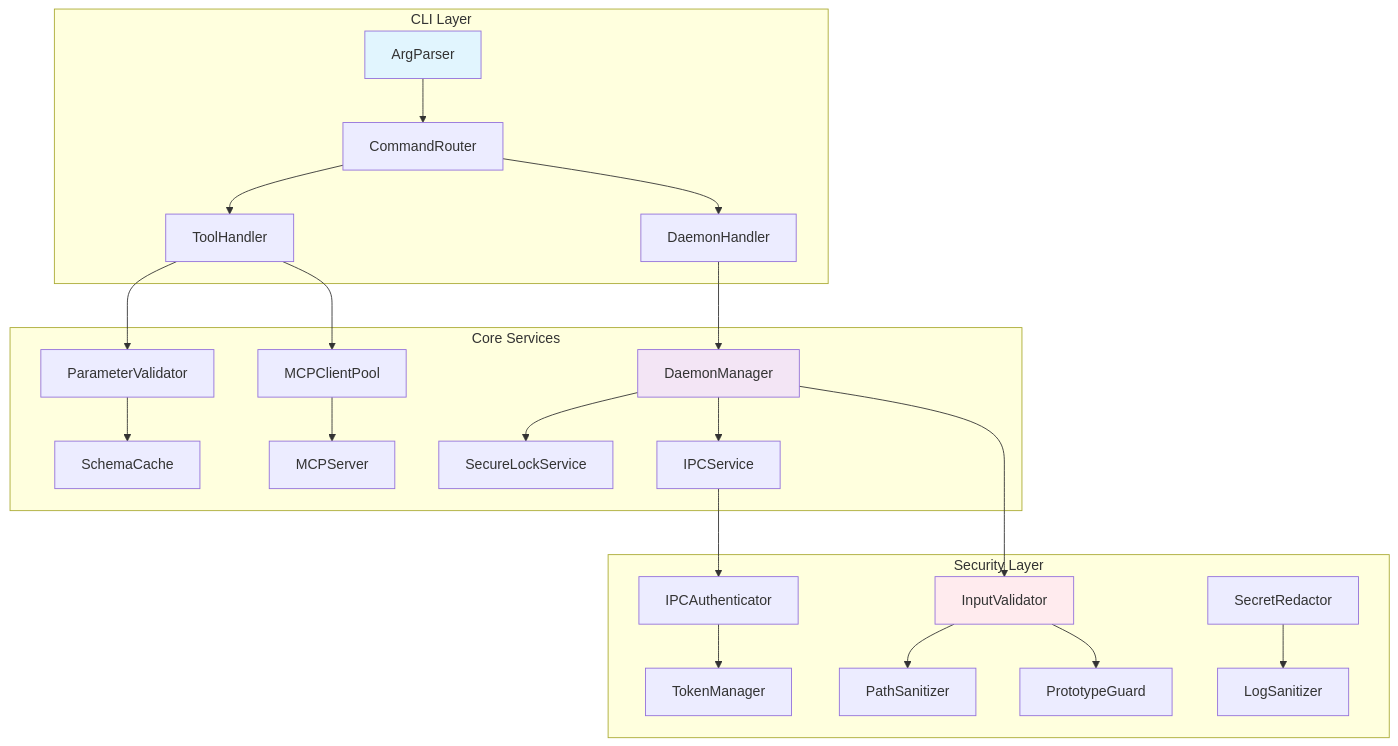
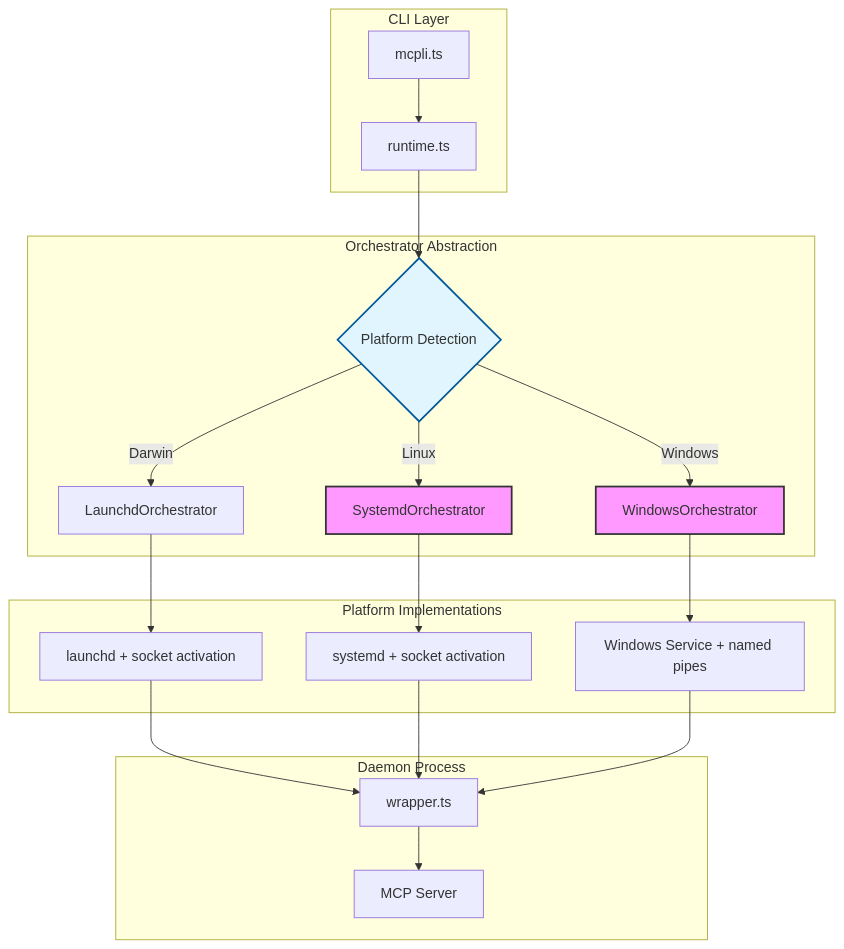
Before and after one commit to cameroncooke/mcpli: the diagram in audit/MCPLI-Critique-RCA-Redesign.md, drawn with Mermaid. The commit also changed other lines of this file, not shown here.

````diff
--- a/audit/MCPLI-Critique-RCA-Redesign.md
+++ b/audit/MCPLI-Critique-RCA-Redesign.md
@@ -509,32 +247,30 @@
 ```mermaid
-graph TB
-    subgraph "CLI Layer"
-        A[ArgParser] --> B[CommandRouter]
-        B --> C[ToolHandler] 
-        B --> D[DaemonHandler]
+graph TD
+    subgraph CLI Layer
+        A[mcpli.ts] --> B[runtime.ts]
     end
     
-    subgraph "Core Services"
-        E[DaemonManager] --> F[SecureLockService]
-        E --> G[IPCService]
-        H[MCPClientPool] --> I[MCPServer]
-        J[ParameterValidator] --> K[SchemaCache]
+    subgraph Orchestrator Abstraction
+        B --> C{Platform Detection}
+        C -->|Darwin| D[LaunchdOrchestrator]
+        C -->|Linux| E[SystemdOrchestrator]  
+        C -->|Windows| F[WindowsOrchestrator]
     end
     
-    subgraph "Security Layer"  
-        L[InputValidator] --> M[PathSanitizer]
-        L --> N[PrototypeGuard]
-        O[IPCAuthenticator] --> P[TokenManager]
-        Q[SecretRedactor] --> R[LogSanitizer]
+    subgraph Platform Implementations
+        D --> G[launchd + socket activation]
+        E --> H[systemd + socket activation]
+        F --> I[Windows Service + named pipes]
     end
     
-    C --> J
-    C --> H
-    D --> E
-    E --> L
-    G --> O
+    subgraph Daemon Process
+        G --> J[wrapper.ts]
+        H --> J
+        I --> J
+        J --> K[MCP Server]
+    end
     
-    style A fill:#e1f5fe
-    style E fill:#f3e5f5  
-    style L fill:#ffebee
+    style E fill:#f9f,stroke:#333,stroke-width:2px
+    style F fill:#f9f,stroke:#333,stroke-width:2px
+    style C fill:#e1f5fe,stroke:#01579b,stroke-width:2px
 ```
````
